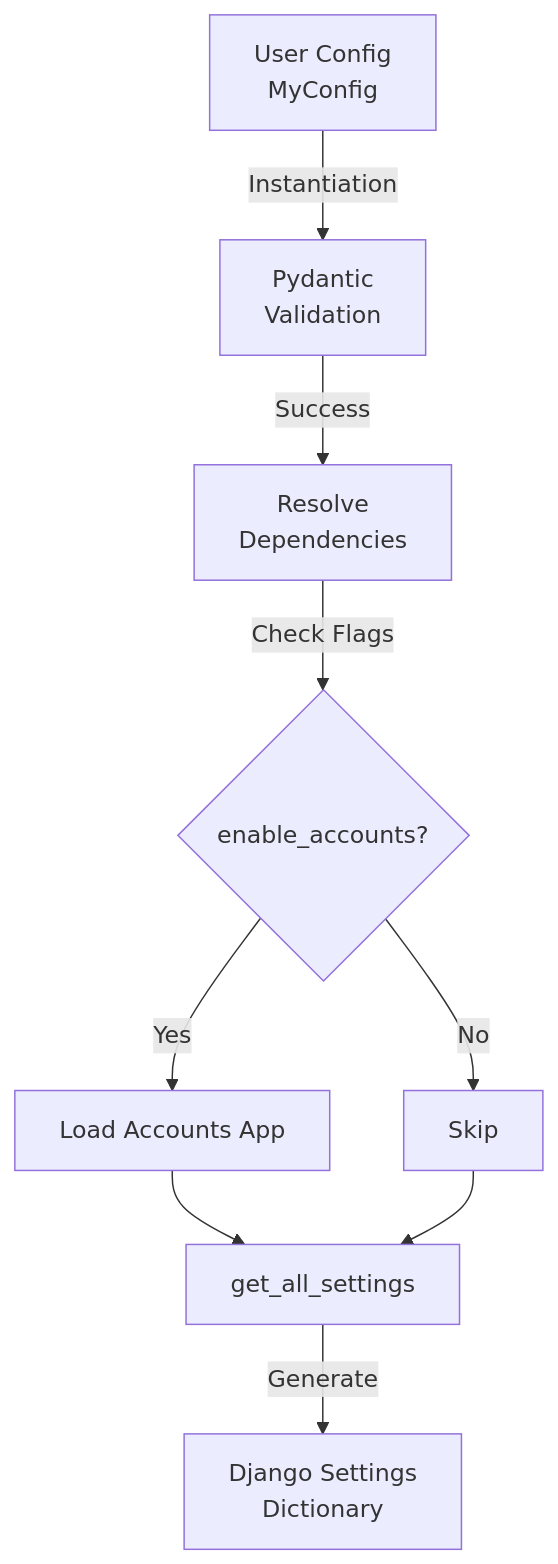
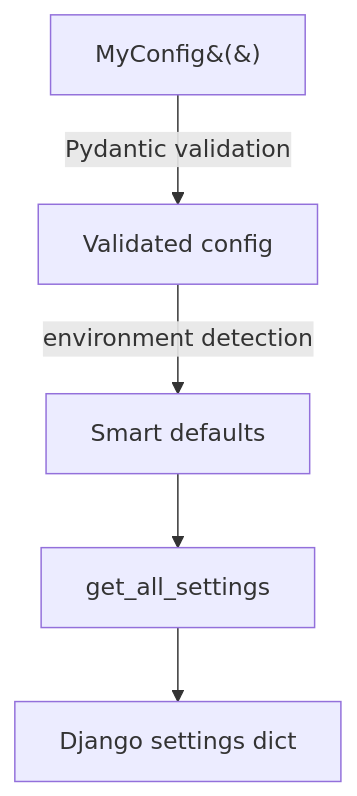
The third of 3 diagrams in docs/core/architecture.mdx (markolofsen/django-cfg), drawn with Mermaid before and after one commit. The commit also changed other lines of this file and 356 other files, not shown here.

````diff
--- a/docs/core/architecture.mdx
+++ b/docs/core/architecture.mdx
@@ -394,11 +199,7 @@
 ```mermaid
 graph TB
-    A[User Config<br/>MyConfig] -->|Instantiation| B[Pydantic<br/>Validation]
-    B -->|Success| C[Resolve<br/>Dependencies]
-    C -->|Check Flags| D{enable_accounts?}
-    D -->|Yes| E[Load Accounts App]
-    D -->|No| F[Skip]
-    E --> G[get_all_settings]
-    F --> G
-    G -->|Generate| H[Django Settings<br/>Dictionary]
+    A[MyConfig&#40;&#41;] -->|Pydantic validation| B[Validated config]
+    B -->|environment detection| C[Smart defaults]
+    C --> D[get_all_settings]
+    D --> E[Django settings dict]
 ```
````
